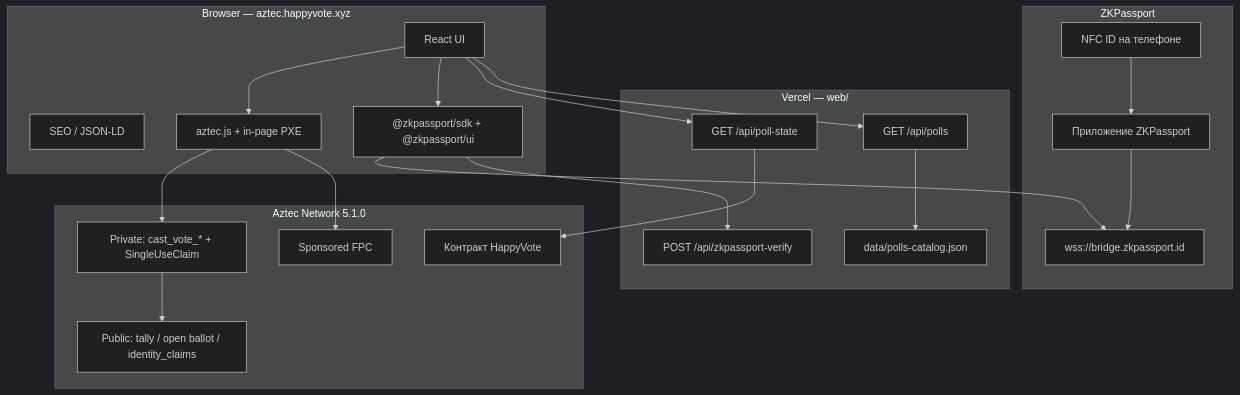
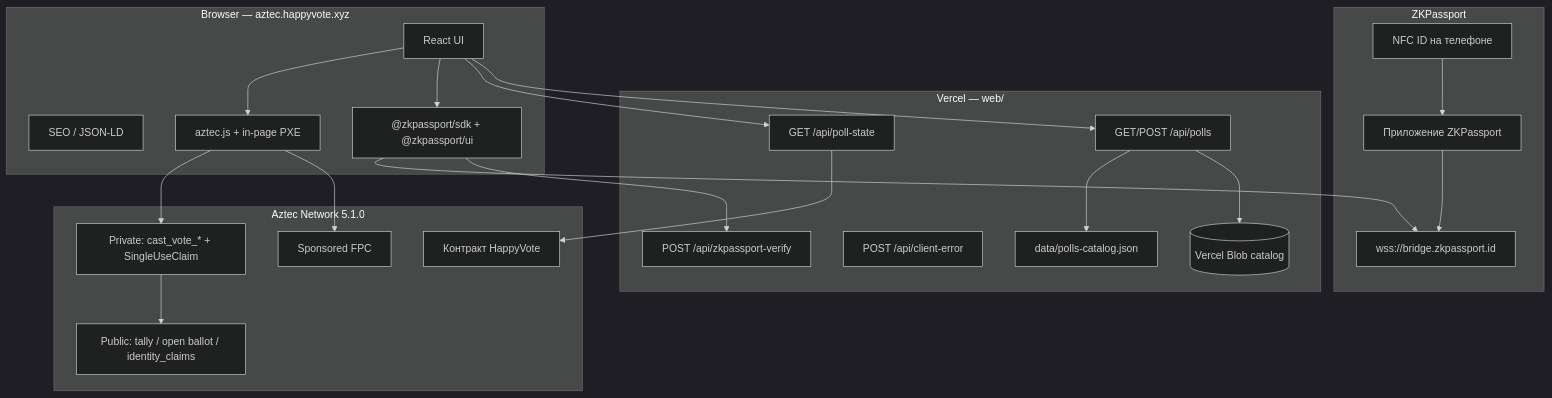
The first of 2 diagrams in docs/ru/02-ARCHITECTURE.md (pittpv/happy-vote-aztec), drawn with Mermaid (dark theme) before and after one commit. The commit also changed other lines of this file and 46 other files, not shown here.

````diff
--- a/docs/ru/02-ARCHITECTURE.md
+++ b/docs/ru/02-ARCHITECTURE.md
@@ -7,43 +7,46 @@
 ```mermaid
 flowchart TB
   subgraph Client["Browser — aztec.happyvote.xyz"]
     UI[React UI]
     SEO[SEO / JSON-LD]
     AZJS[aztec.js + in-page PXE]
     ZKP["@zkpassport/sdk + @zkpassport/ui"]
   end
 
   subgraph Edge["Vercel — web/"]
     PollState["GET /api/poll-state"]
-    PollsAPI["GET /api/polls"]
+    PollsAPI["GET/POST /api/polls"]
     ZkAPI["POST /api/zkpassport-verify"]
+    ErrAPI["POST /api/client-error"]
+    Blob[(Vercel Blob catalog)]
     Seed[data/polls-catalog.json]
   end
 
   subgraph Identity["ZKPassport"]
     Phone[NFC ID на телефоне]
     ZKPApp[Приложение ZKPassport]
     Bridge[wss://bridge.zkpassport.id]
   end
 
   subgraph AztecL2["Aztec Network 5.1.0"]
     HV[Контракт HappyVote]
     PrivateExec["Private: cast_vote_* + SingleUseClaim"]
     PublicExec["Public: tally / open ballot / identity_claims"]
     FPC[Sponsored FPC]
   end
 
   UI --> AZJS
   UI --> ZKP
   UI --> PollState
   UI --> PollsAPI
   ZKP --> Bridge
   Phone --> ZKPApp
   ZKPApp --> Bridge
   ZKP --> ZkAPI
   PollsAPI --> Seed
+  PollsAPI --> Blob
   AZJS --> PrivateExec
   PrivateExec --> PublicExec
   AZJS --> FPC
   PollState --> HV
 ```
````
